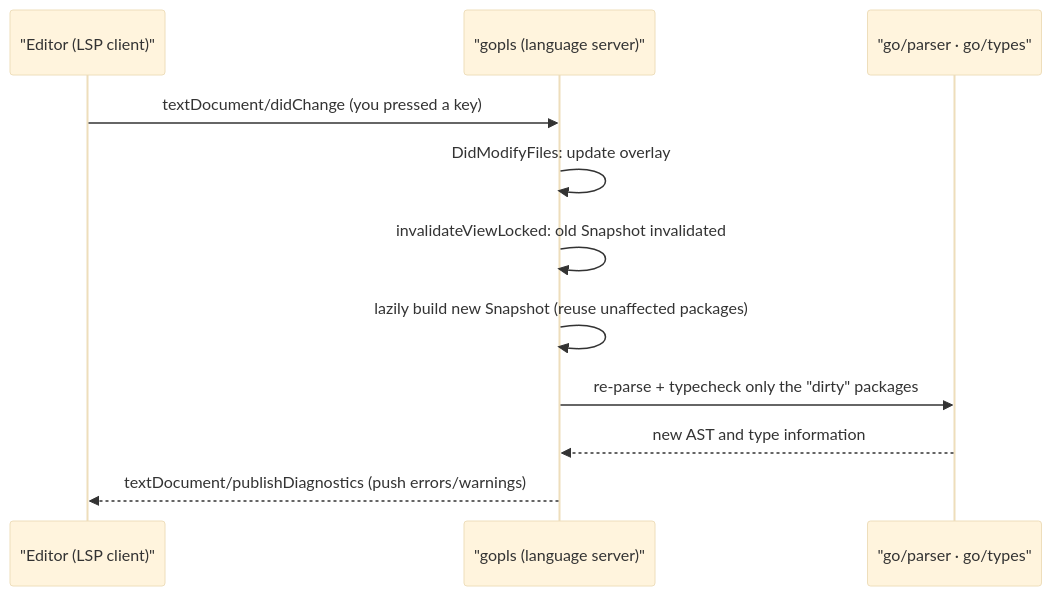
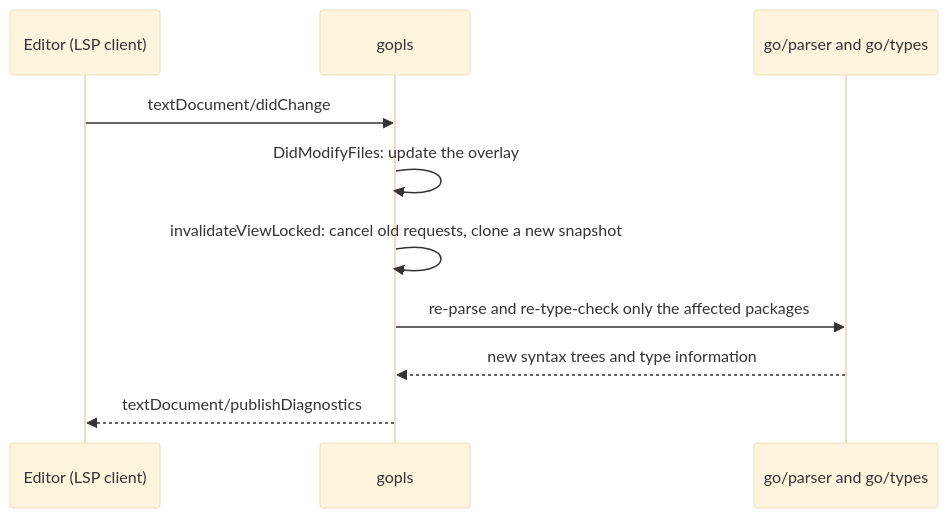
Before and after one commit to golang-design/under-the-hood: the diagram in book/en-us/part5toolchain/ch16tools/gopls.md, drawn with Mermaid (base theme). The commit also changed other lines of this file and 21 other files, not shown here.

````diff
--- a/book/en-us/part5toolchain/ch16tools/gopls.md
+++ b/book/en-us/part5toolchain/ch16tools/gopls.md
@@ -82,13 +196,12 @@
 ```mermaid
 sequenceDiagram
-    participant E as "Editor (LSP client)"
-    participant G as "gopls (language server)"
-    participant T as "go/parser · go/types"
-    E->>G: textDocument/didChange (you pressed a key)
-    G->>G: DidModifyFiles: update overlay
-    G->>G: invalidateViewLocked: old Snapshot invalidated
-    G->>G: lazily build new Snapshot (reuse unaffected packages)
-    G->>T: re-parse + typecheck only the "dirty" packages
-    T-->>G: new AST and type information
-    G-->>E: textDocument/publishDiagnostics (push errors/warnings)
+    participant E as Editor (LSP client)
+    participant G as gopls
+    participant T as go/parser and go/types
+    E->>G: textDocument/didChange
+    G->>G: DidModifyFiles: update the overlay
+    G->>G: invalidateViewLocked: cancel old requests, clone a new snapshot
+    G->>T: re-parse and re-type-check only the affected packages
+    T-->>G: new syntax trees and type information
+    G-->>E: textDocument/publishDiagnostics
 ```
````
